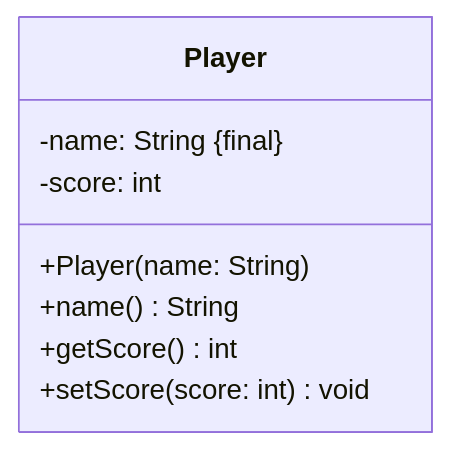
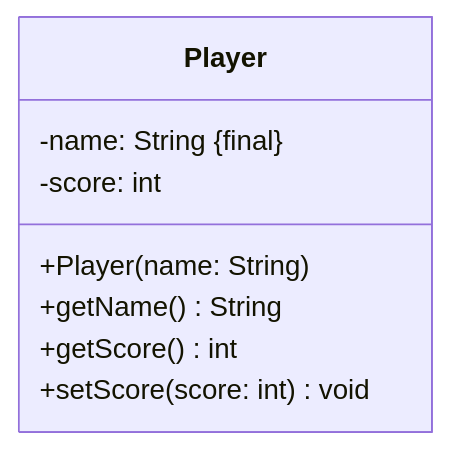
Before and after one commit to jappuccini/java-docs: the diagram in docs/exercises/class-diagrams/class-diagrams01.mdx, drawn with Mermaid. The commit also changed 2 other files, not shown here.

Commit message:
fix exercises

````diff
--- a/docs/exercises/class-diagrams/class-diagrams01.mdx
+++ b/docs/exercises/class-diagrams/class-diagrams01.mdx
@@ -18,12 +18,12 @@
 ```mermaid
 classDiagram
 
     class Player {
         -name: String &#123final&#125
         -score: int
         +Player(name: String)
-        +name() String
+        +getName() String
         +getScore() int
         +setScore(score: int) void
     }
 ```
````
